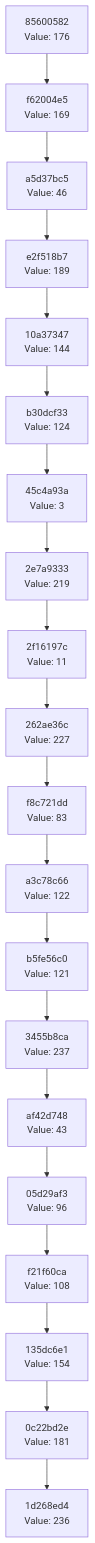
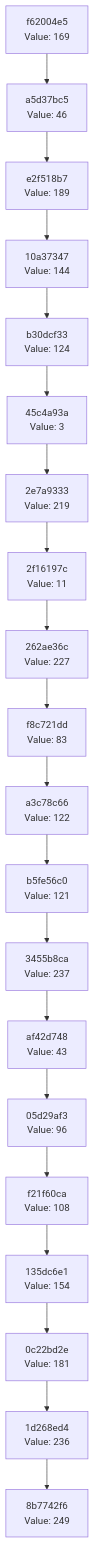
One commit to Abhisheksinha1506/hash-chain-evolver changed the diagram in docs/CHAIN_VISUALIZATION.md. Above: the diagram before and after it, drawn with Mermaid. The commit also changed 2 other files, not shown here.

Commit message:
Evolution step: hash 0xF9 → action executed

````diff
--- a/docs/CHAIN_VISUALIZATION.md
+++ b/docs/CHAIN_VISUALIZATION.md
@@ -3,42 +3,42 @@
 ```mermaid
 graph TD
-    C0["1d268ed4<br/>Value: 236"]
-    C1["0c22bd2e<br/>Value: 181"]
+    C0["8b7742f6<br/>Value: 249"]
+    C1["1d268ed4<br/>Value: 236"]
     C1 --> C0
-    C2["135dc6e1<br/>Value: 154"]
+    C2["0c22bd2e<br/>Value: 181"]
     C2 --> C1
-    C3["f21f60ca<br/>Value: 108"]
+    C3["135dc6e1<br/>Value: 154"]
     C3 --> C2
-    C4["05d29af3<br/>Value: 96"]
+    C4["f21f60ca<br/>Value: 108"]
     C4 --> C3
-    C5["af42d748<br/>Value: 43"]
+    C5["05d29af3<br/>Value: 96"]
     C5 --> C4
-    C6["3455b8ca<br/>Value: 237"]
+    C6["af42d748<br/>Value: 43"]
     C6 --> C5
-    C7["b5fe56c0<br/>Value: 121"]
+    C7["3455b8ca<br/>Value: 237"]
     C7 --> C6
-    C8["a3c78c66<br/>Value: 122"]
+    C8["b5fe56c0<br/>Value: 121"]
     C8 --> C7
-    C9["f8c721dd<br/>Value: 83"]
+    C9["a3c78c66<br/>Value: 122"]
     C9 --> C8
-    C10["262ae36c<br/>Value: 227"]
+    C10["f8c721dd<br/>Value: 83"]
     C10 --> C9
-    C11["2f16197c<br/>Value: 11"]
+    C11["262ae36c<br/>Value: 227"]
     C11 --> C10
-    C12["2e7a9333<br/>Value: 219"]
+    C12["2f16197c<br/>Value: 11"]
     C12 --> C11
-    C13["45c4a93a<br/>Value: 3"]
+    C13["2e7a9333<br/>Value: 219"]
     C13 --> C12
-    C14["b30dcf33<br/>Value: 124"]
+    C14["45c4a93a<br/>Value: 3"]
     C14 --> C13
-    C15["10a37347<br/>Value: 144"]
+    C15["b30dcf33<br/>Value: 124"]
     C15 --> C14
-    C16["e2f518b7<br/>Value: 189"]
+    C16["10a37347<br/>Value: 144"]
     C16 --> C15
-    C17["a5d37bc5<br/>Value: 46"]
+    C17["e2f518b7<br/>Value: 189"]
     C17 --> C16
-    C18["f62004e5<br/>Value: 169"]
+    C18["a5d37bc5<br/>Value: 46"]
     C18 --> C17
-    C19["85600582<br/>Value: 176"]
+    C19["f62004e5<br/>Value: 169"]
     C19 --> C18
 ```
````
